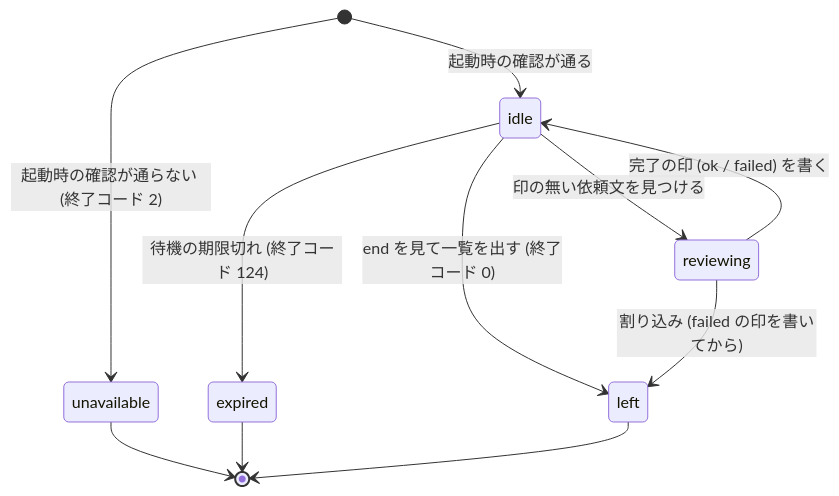
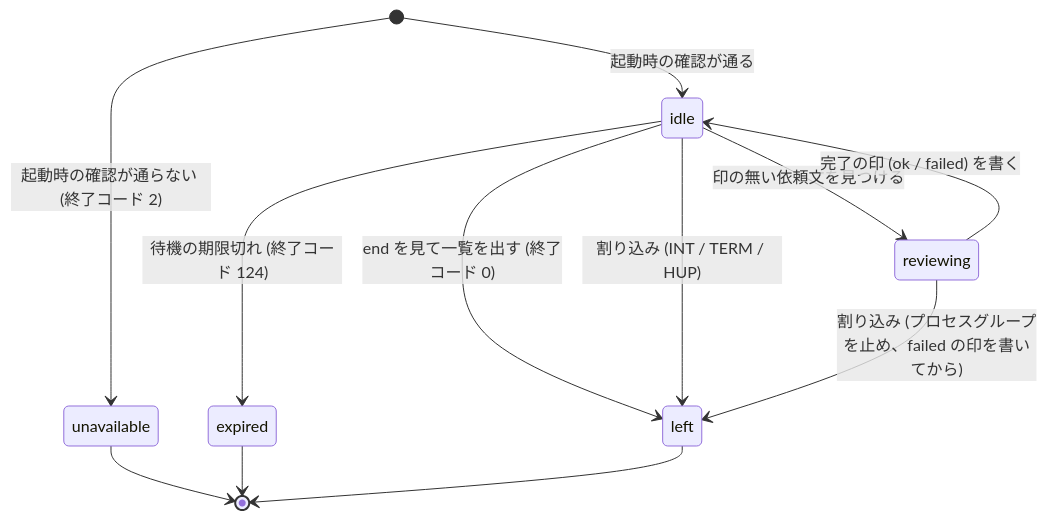
The second of 4 diagrams in docs/plans/2026-09-26-1338-feat-review-loop-plan.md (akm/claude-plugins), drawn with Mermaid before and after one commit. The commit also changed other lines of this file, not shown here.

````diff
--- a/docs/plans/2026-09-26-1338-feat-review-loop-plan.md
+++ b/docs/plans/2026-09-26-1338-feat-review-loop-plan.md
@@ -345,13 +345,14 @@
 ```mermaid
 stateDiagram-v2
   [*] --> unavailable: 起動時の確認が通らない (終了コード 2)
   [*] --> idle: 起動時の確認が通る
   idle --> reviewing: 印の無い依頼文を見つける
   reviewing --> idle: 完了の印 (ok / failed) を書く
   idle --> expired: 待機の期限切れ (終了コード 124)
   idle --> left: end を見て一覧を出す (終了コード 0)
-  reviewing --> left: 割り込み (failed の印を書いてから)
+  idle --> left: 割り込み (INT / TERM / HUP)
+  reviewing --> left: 割り込み (プロセスグループを止め、failed の印を書いてから)
   unavailable --> [*]
   expired --> [*]
   left --> [*]
 ```
````
